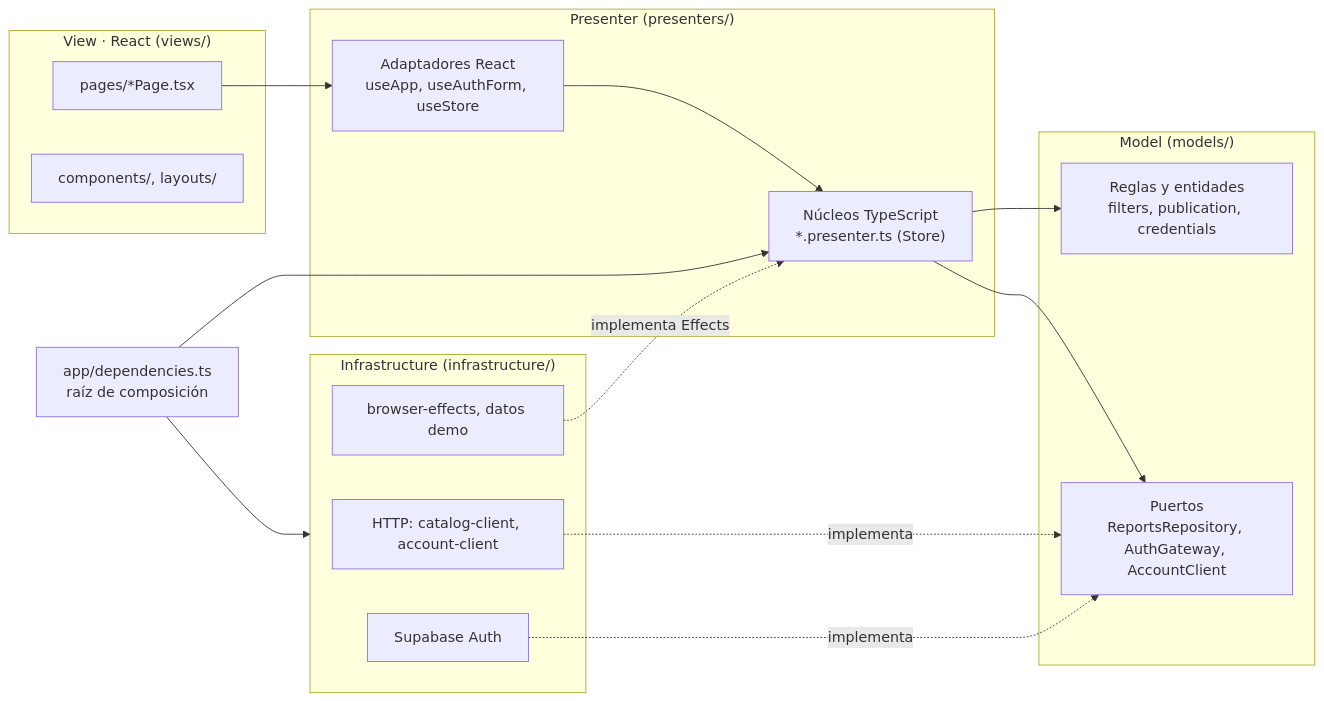
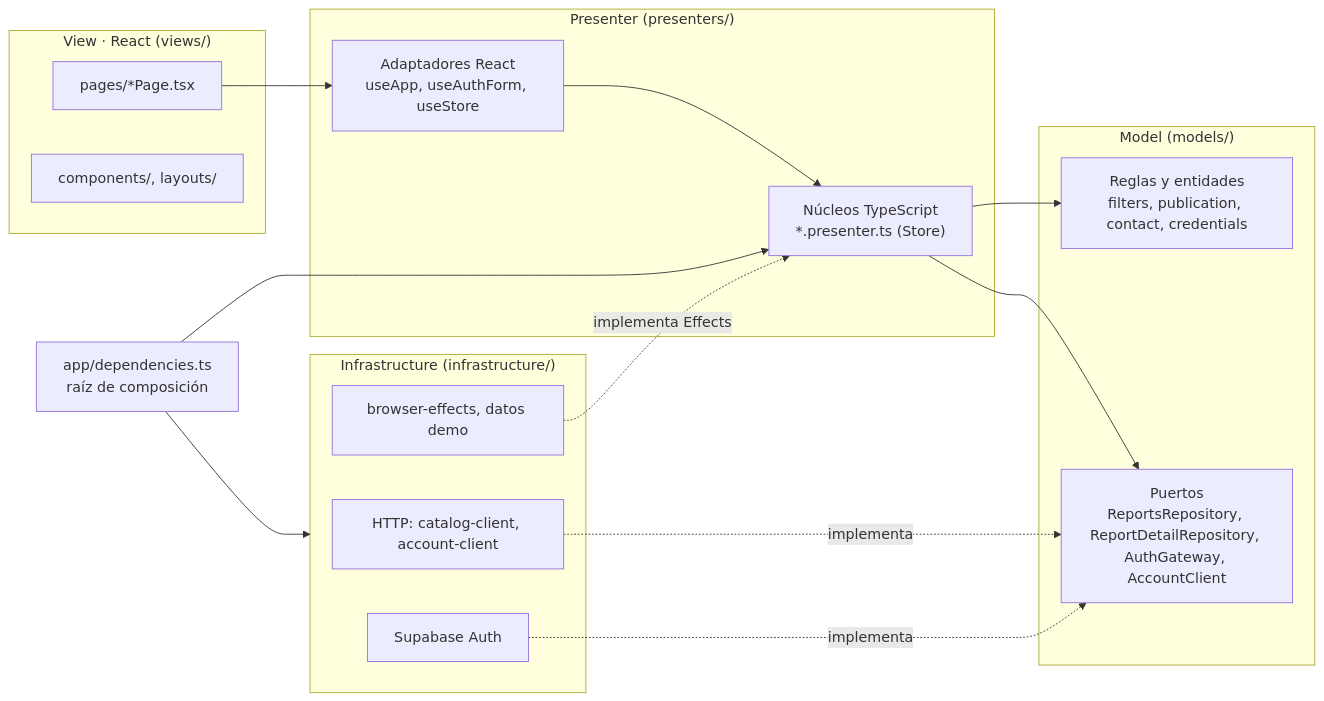
One commit to Alee053/perdi-u changed the diagram in docs/architecture/mvp.md. Above: the diagram before and after it, drawn with Mermaid. The commit also changed other lines of this file and 8 other files, not shown here.

````diff
--- a/docs/architecture/mvp.md
+++ b/docs/architecture/mvp.md
@@ -25,29 +25,29 @@
 ```mermaid
 flowchart LR
   subgraph View["View · React (views/)"]
     Pages["pages/*Page.tsx"]
     Components["components/, layouts/"]
   end
   subgraph Presenter["Presenter (presenters/)"]
     Hooks["Adaptadores React<br/>useApp, useAuthForm, useStore"]
     Core["Núcleos TypeScript<br/>*.presenter.ts (Store)"]
   end
   subgraph Model["Model (models/)"]
-    Rules["Reglas y entidades<br/>filters, publication, credentials"]
-    Ports["Puertos<br/>ReportsRepository, AuthGateway, AccountClient"]
+    Rules["Reglas y entidades<br/>filters, publication, contact, credentials"]
+    Ports["Puertos<br/>ReportsRepository, ReportDetailRepository, AuthGateway, AccountClient"]
   end
   subgraph Infra["Infrastructure (infrastructure/)"]
     Http["HTTP: catalog-client, account-client"]
     Auth["Supabase Auth"]
     Browser["browser-effects, datos demo"]
   end
   App["app/dependencies.ts<br/>raíz de composición"]
 
   Pages --> Hooks --> Core --> Rules
   Core --> Ports
   Http -. implementa .-> Ports
   Auth -. implementa .-> Ports
   App --> Core
   App --> Infra
   Browser -. implementa Effects .-> Core
 ```
````
